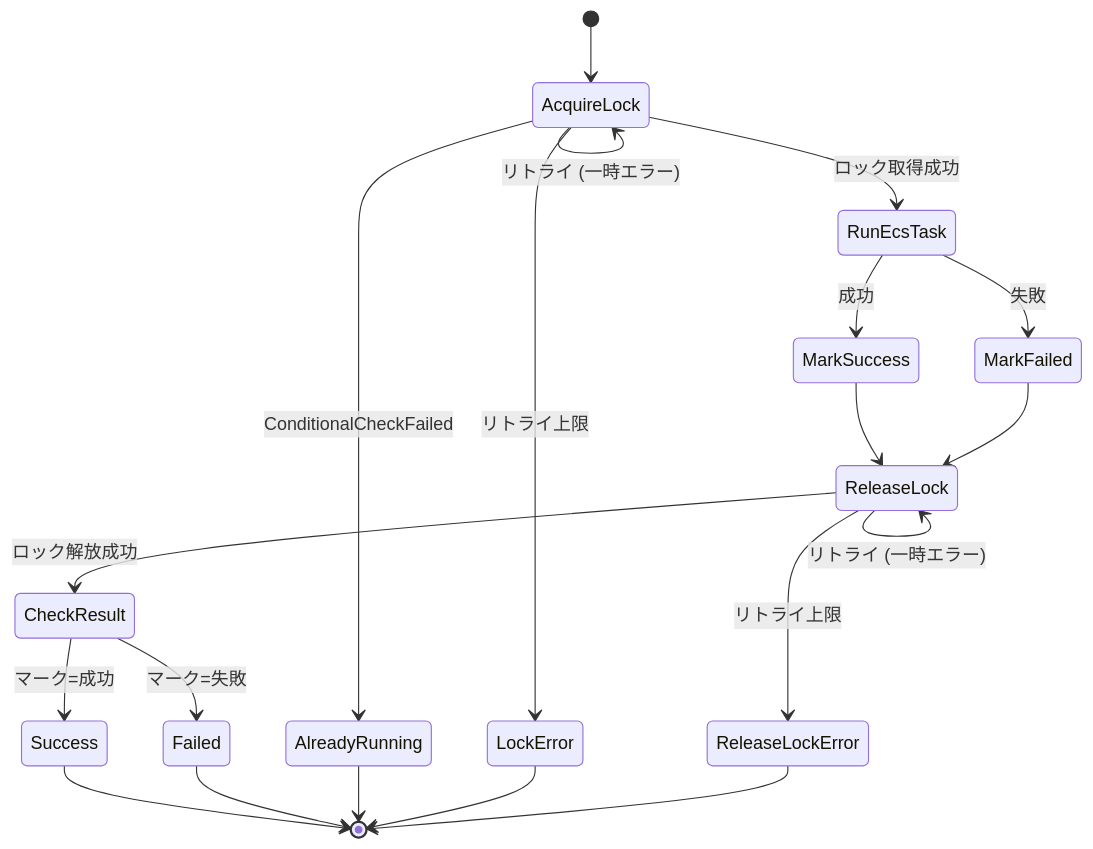
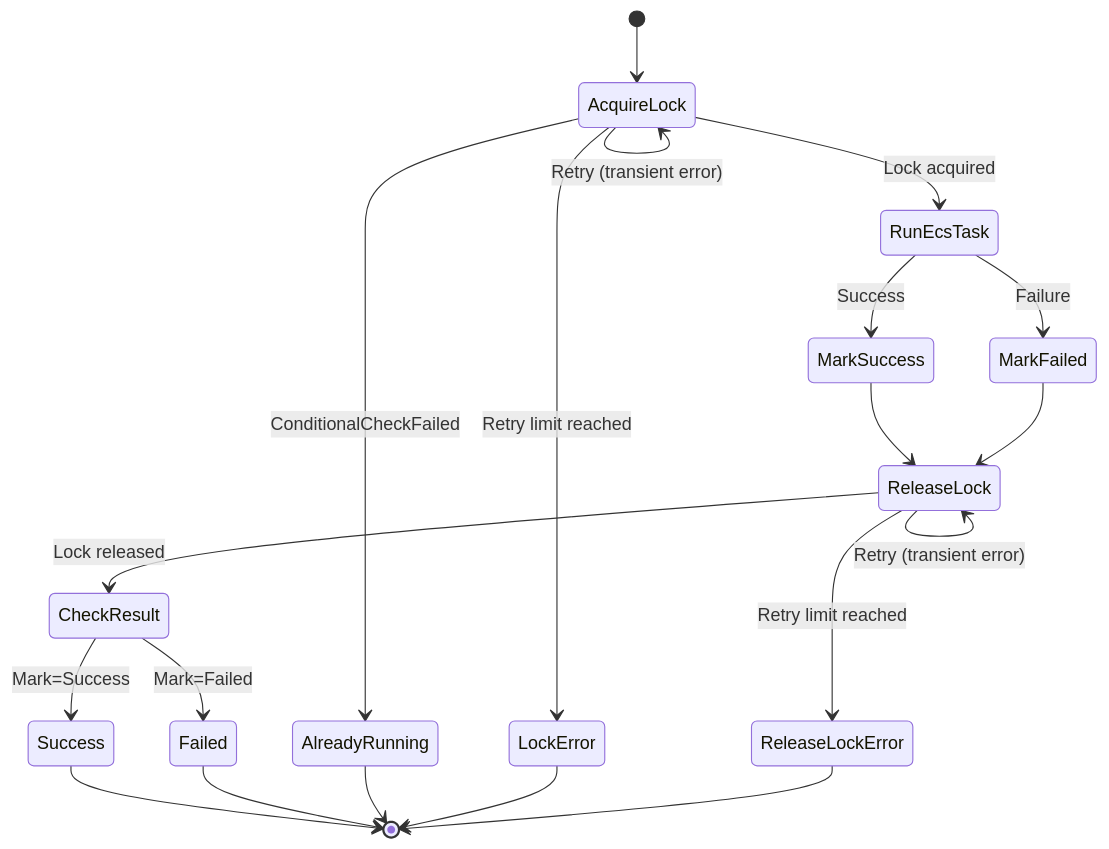
The second of 2 diagrams in docs/internals/STEPFUNCTIONS_IMPLEMENTATION.md (rakkofield/laravel-graceful-schedule-worker), drawn with Mermaid before and after one commit. The commit also changed other lines of this file and 19 other files, not shown here.

````diff
--- a/docs/internals/STEPFUNCTIONS_IMPLEMENTATION.md
+++ b/docs/internals/STEPFUNCTIONS_IMPLEMENTATION.md
@@ -146,28 +146,28 @@
 ```mermaid
 stateDiagram-v2
     [*] --> AcquireLock
 
-    AcquireLock --> RunEcsTask: ロック取得成功
+    AcquireLock --> RunEcsTask: Lock acquired
     AcquireLock --> AlreadyRunning: ConditionalCheckFailed
-    AcquireLock --> AcquireLock: リトライ (一時エラー)
-    AcquireLock --> LockError: リトライ上限
+    AcquireLock --> AcquireLock: Retry (transient error)
+    AcquireLock --> LockError: Retry limit reached
 
-    RunEcsTask --> MarkSuccess: 成功
-    RunEcsTask --> MarkFailed: 失敗
+    RunEcsTask --> MarkSuccess: Success
+    RunEcsTask --> MarkFailed: Failure
 
     MarkSuccess --> ReleaseLock
     MarkFailed --> ReleaseLock
 
-    ReleaseLock --> CheckResult: ロック解放成功
-    ReleaseLock --> ReleaseLock: リトライ (一時エラー)
-    ReleaseLock --> ReleaseLockError: リトライ上限
+    ReleaseLock --> CheckResult: Lock released
+    ReleaseLock --> ReleaseLock: Retry (transient error)
+    ReleaseLock --> ReleaseLockError: Retry limit reached
 
-    CheckResult --> Success: マーク=成功
-    CheckResult --> Failed: マーク=失敗
+    CheckResult --> Success: Mark=Success
+    CheckResult --> Failed: Mark=Failed
 
     Success --> [*]
     Failed --> [*]
     AlreadyRunning --> [*]
     LockError --> [*]
     ReleaseLockError --> [*]
 ```
````
